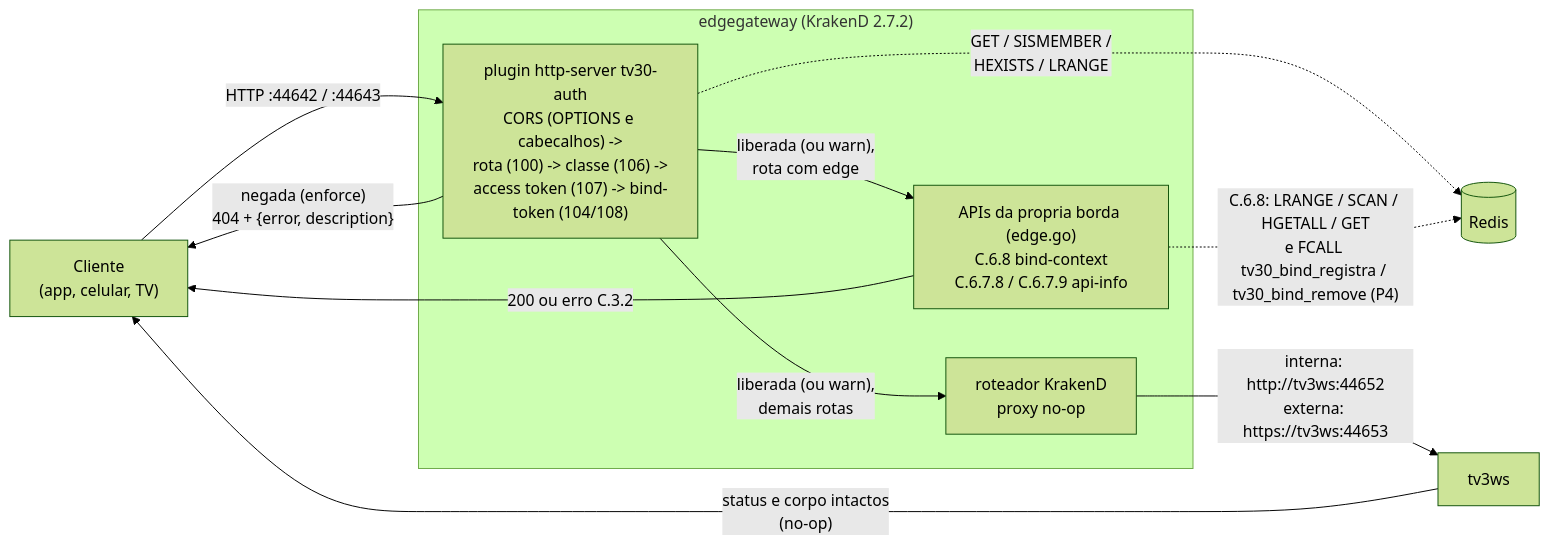
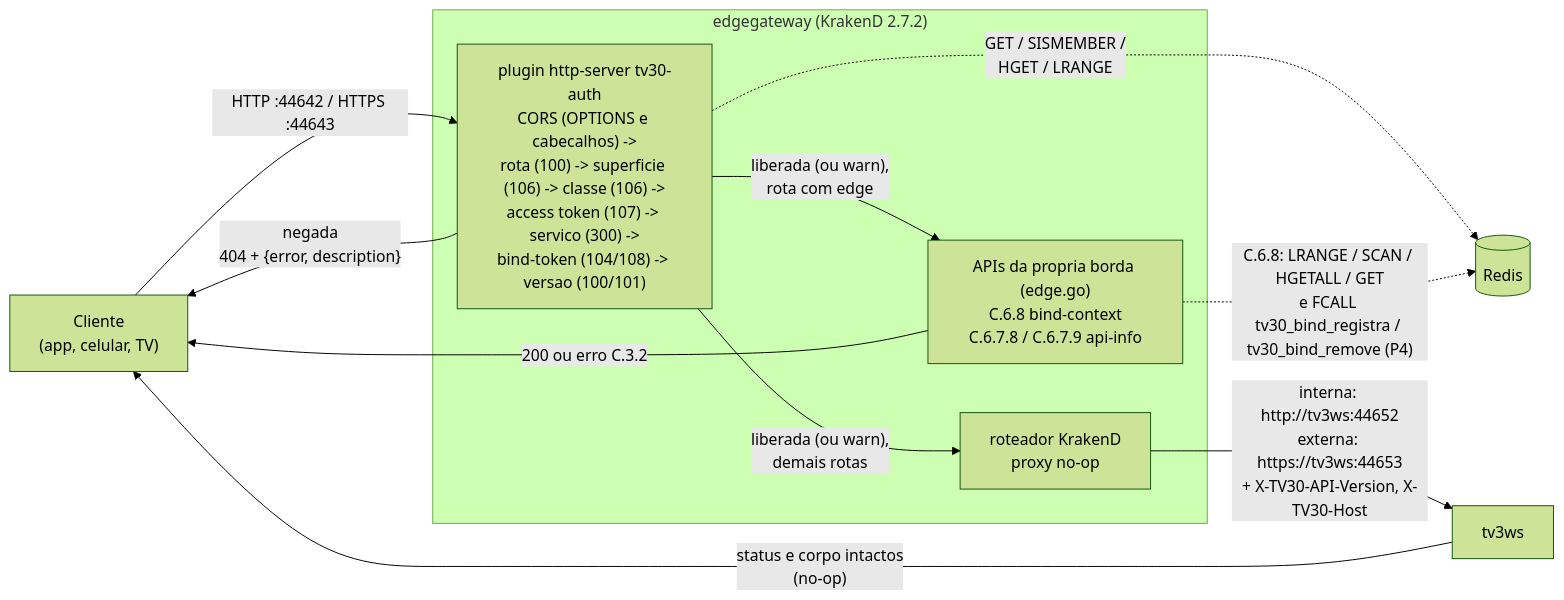
Before and after one commit to multisens/Infra: the first of 2 diagrams in docs/04-pipeline-http.md, drawn with Mermaid (forest theme). The commit also changed other lines of this file and 41 other files, not shown here.

````diff
--- a/docs/04-pipeline-http.md
+++ b/docs/04-pipeline-http.md
@@ -22,19 +26,19 @@
 ```mermaid
 flowchart LR
-    C["Cliente<br/>(app, celular, TV)"] -->|"HTTP :44642 / :44643"| P
+    C["Cliente<br/>(app, celular, TV)"] -->|"HTTP :44642 / HTTPS :44643"| P
 
     subgraph EDGE["edgegateway (KrakenD 2.7.2)"]
-        P["plugin http-server tv30-auth<br/>CORS (OPTIONS e cabecalhos) -><br/>rota (100) -> classe (106) -><br/>access token (107) -> bind-token (104/108)"]
+        P["plugin http-server tv30-auth<br/>CORS (OPTIONS e cabecalhos) -><br/>rota (100) -> superficie (106) -> classe (106) -><br/>access token (107) -> servico (300) -><br/>bind-token (104/108) -> versao (100/101)"]
         A["APIs da propria borda (edge.go)<br/>C.6.8 bind-context<br/>C.6.7.8 / C.6.7.9 api-info"]
         G["roteador KrakenD<br/>proxy no-op"]
         P -->|"liberada (ou warn),<br/>rota com edge"| A
         P -->|"liberada (ou warn),<br/>demais rotas"| G
     end
 
-    P -.->|"GET / SISMEMBER /<br/>HEXISTS / LRANGE"| R[("Redis")]
+    P -.->|"GET / SISMEMBER /<br/>HGET / LRANGE"| R[("Redis")]
     A -.->|"C.6.8: LRANGE / SCAN / HGETALL / GET<br/>e FCALL tv30_bind_registra / tv30_bind_remove (P4)"| R
     A -->|"200 ou erro C.3.2"| C
-    P -->|"negada (enforce)<br/>404 + {error, description}"| C
-    G -->|"interna: http://tv3ws:44652<br/>externa: https://tv3ws:44653"| T["tv3ws"]
+    P -->|"negada<br/>404 + {error, description}"| C
+    G -->|"interna: http://tv3ws:44652<br/>externa: https://tv3ws:44653<br/>+ X-TV30-API-Version, X-TV30-Host"| T["tv3ws"]
     T -->|"status e corpo intactos<br/>(no-op)"| C
 ```
````
